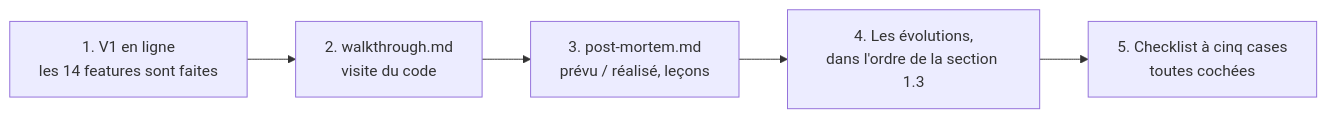
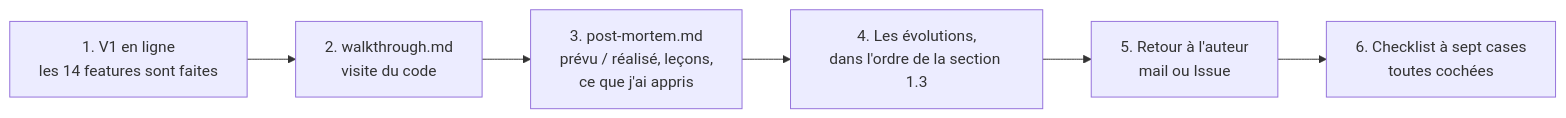
Diagram 41 of 44 in tuto-goodvibe-vibecoding.md (lecinquiemejour-code/goodvibe-tuto), drawn with Mermaid before and after one commit. The commit also changed other lines of this file and 3 other files, not shown here.

Commit message:
docs(tuto): bilan et retour à l'auteur, pilote défini, facturation dès la fiche 1, templates intégrés, formulaire d'Issue

````diff
--- a/tuto-goodvibe-vibecoding.md
+++ b/tuto-goodvibe-vibecoding.md
@@ -1864,7 +1868,8 @@
 ```mermaid
 flowchart LR
     A["1. V1 en ligne<br/>les 14 features sont faites"] --> B["2. walkthrough.md<br/>visite du code"]
-    B --> C["3. post-mortem.md<br/>prévu / réalisé, leçons"]
+    B --> C["3. post-mortem.md<br/>prévu / réalisé, leçons,<br/>ce que j'ai appris"]
     C --> D["4. Les évolutions,<br/>dans l'ordre de la section 1.3"]
-    D --> E["5. Checklist à cinq cases<br/>toutes cochées"]
+    D --> R["5. Retour à l'auteur<br/>mail ou Issue"]
+    R --> E["6. Checklist à sept cases<br/>toutes cochées"]
 ```
````
